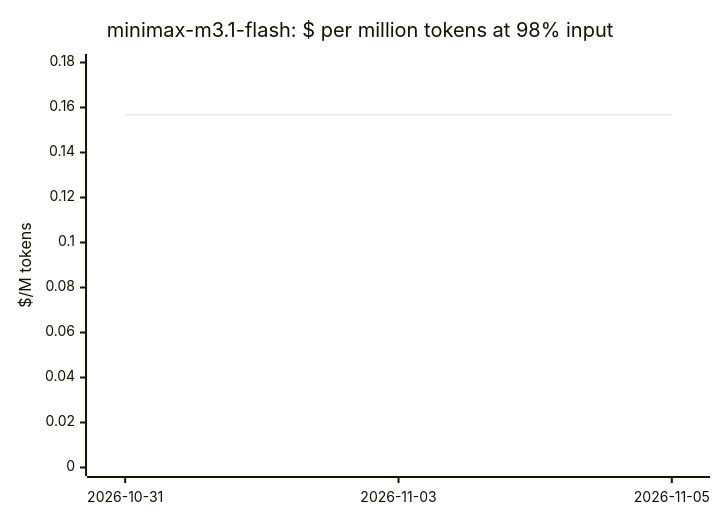
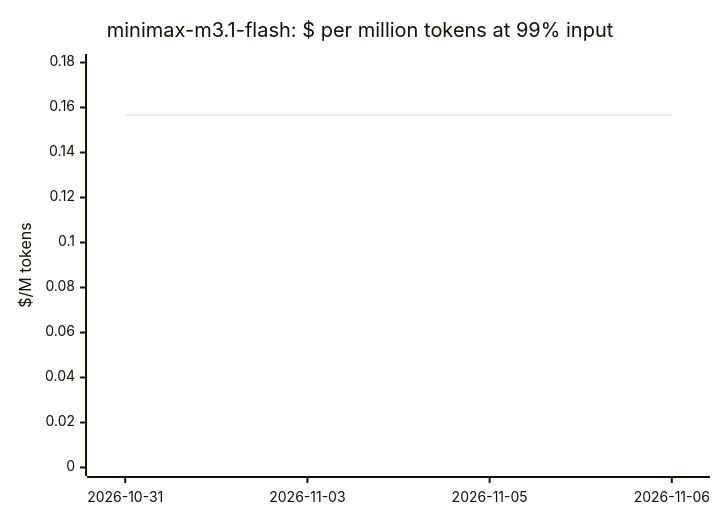
One commit to cklukas/OMEGA_TRANSFORM changed the tenth of 20 diagrams in docs/openrouter-models.md. Above: the diagram before and after it, drawn with Mermaid. The commit also changed other lines of this file and 103 other files, not shown here.

````diff
--- a/docs/openrouter-models.md
+++ b/docs/openrouter-models.md
@@ -223,7 +222,7 @@
 ```mermaid
 xychart-beta
-    title "minimax-m3.1-flash: $ per million tokens at 98% input"
-    x-axis ["2026-10-31", "2026-11-03", "2026-11-05"]
+    title "minimax-m3.1-flash: $ per million tokens at 99% input"
+    x-axis ["2026-10-31", "2026-11-03", "2026-11-05", "2026-11-06"]
     y-axis "$/M tokens" 0 --> 0.18
-    line [0.1568, 0.1568, 0.1568]
+    line [0.1567, 0.1567, 0.1567, 0.1567]
 ```
````
